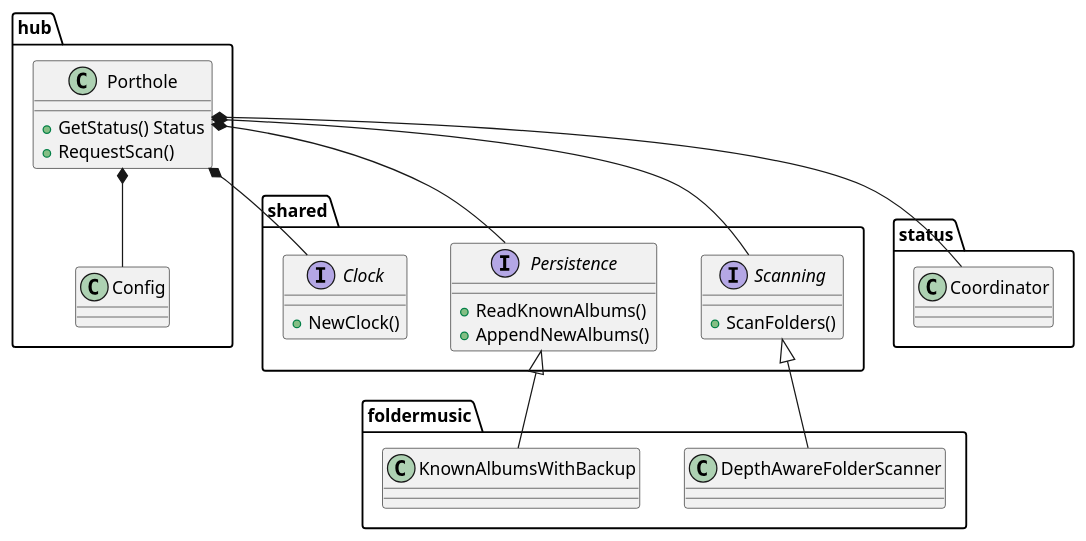
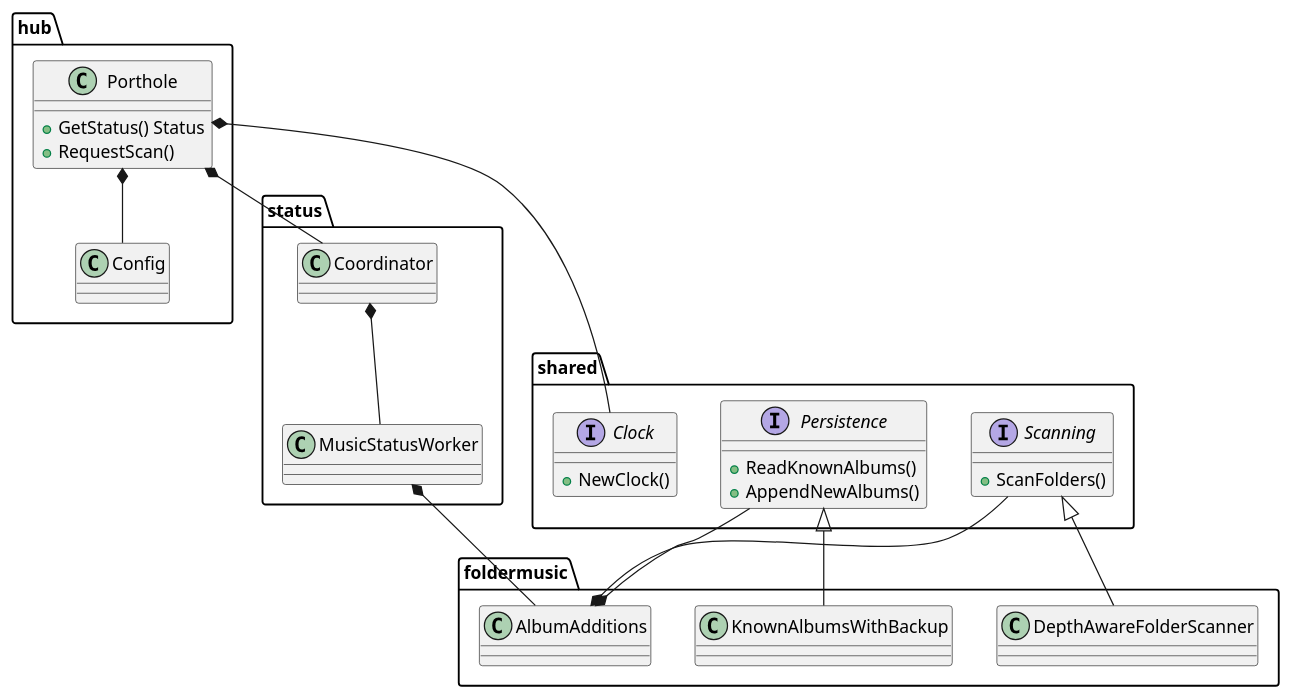
The diagram in doc/classdiagram.plantuml (epond/porthole), drawn with PlantUML before and after one commit.

Commit message:
update class diagram

```diff
--- a/doc/classdiagram.plantuml
+++ b/doc/classdiagram.plantuml
@@ -1,44 +1,48 @@
 @startuml porthole
 
     namespace shared {
         interface Scanning {
             + ScanFolders()
         }
 
         interface Persistence {
 	        + ReadKnownAlbums()
 	        + AppendNewAlbums()
         }
 
         interface Clock {
             + NewClock()
         }
     }
 
     namespace hub {
         class Porthole {
             + GetStatus() Status
             + RequestScan()
         }
 
         class Config
     }
 
     namespace status {
         class Coordinator
+        class MusicStatusWorker
     }
 
     namespace foldermusic {
         class DepthAwareFolderScanner
         class KnownAlbumsWithBackup
+        class AlbumAdditions
     }
 
 shared.Scanning <|-- foldermusic.DepthAwareFolderScanner
 shared.Persistence <|-- foldermusic.KnownAlbumsWithBackup
 hub.Porthole *-- hub.Config
-hub.Porthole *-- shared.Scanning
-hub.Porthole *-- shared.Persistence
 hub.Porthole *-- shared.Clock
 hub.Porthole *-- status.Coordinator
+status.Coordinator *-- status.MusicStatusWorker
+status.MusicStatusWorker *-- foldermusic.AlbumAdditions
+foldermusic.AlbumAdditions *-- shared.Scanning
+foldermusic.AlbumAdditions *-- shared.Persistence
 
 @enduml
```
